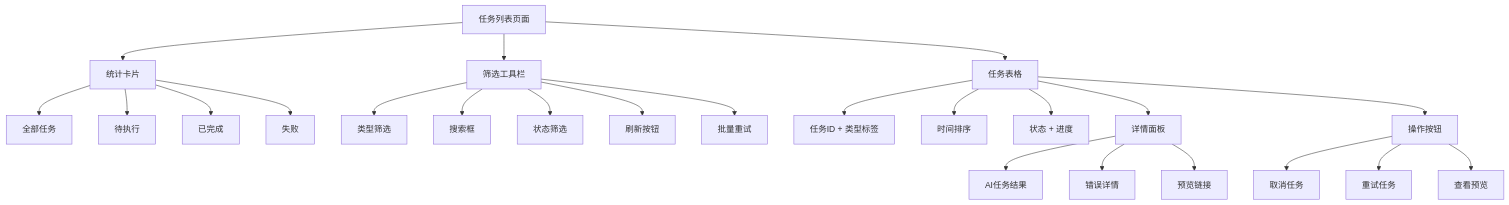
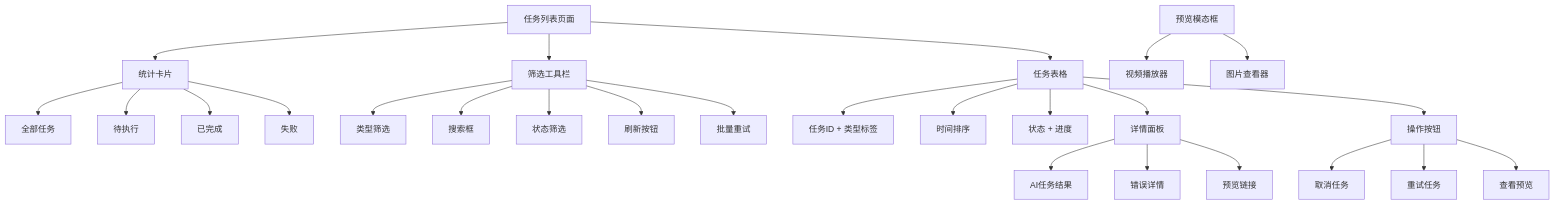
The tenth of 21 diagrams in .qoder/repowiki/zh/content/核心模块详解/Web界面系统/AI创作页面.md (songdiyang/clawOperations), drawn with Mermaid before and after one commit. The commit also changed other lines of this file and 2 other files, not shown here.

````diff
--- a/.qoder/repowiki/zh/content/核心模块详解/Web界面系统/AI创作页面.md
+++ b/.qoder/repowiki/zh/content/核心模块详解/Web界面系统/AI创作页面.md
@@ -500,26 +488,28 @@
 ```mermaid
 graph TD
 TaskList[任务列表页面] --> Stats[统计卡片]
 TaskList --> Toolbar[筛选工具栏]
 TaskList --> Table[任务表格]
 Stats --> TotalTasks[全部任务]
 Stats --> PendingTasks[待执行]
 Stats --> CompletedTasks[已完成]
 Stats --> FailedTasks[失败]
 Toolbar --> TypeFilter[类型筛选]
 Toolbar --> SearchBox[搜索框]
 Toolbar --> StatusFilter[状态筛选]
 Toolbar --> RefreshBtn[刷新按钮]
 Toolbar --> BatchRetryBtn[批量重试]
 Table --> TaskID[任务ID + 类型标签]
 Table --> Time[时间排序]
 Table --> Status[状态 + 进度]
 Table --> Detail[详情面板]
 Table --> Actions[操作按钮]
 Detail --> AIResult[AI任务结果]
 Detail --> ErrorPanel[错误详情]
 Detail --> PreviewLink[预览链接]
 Actions --> CancelBtn[取消任务]
 Actions --> RetryBtn[重试任务]
 Actions --> PreviewBtn[查看预览]
+PreviewModal[预览模态框] --> VideoPlayer[视频播放器]
+PreviewModal --> ImageViewer[图片查看器]
 ```
````
